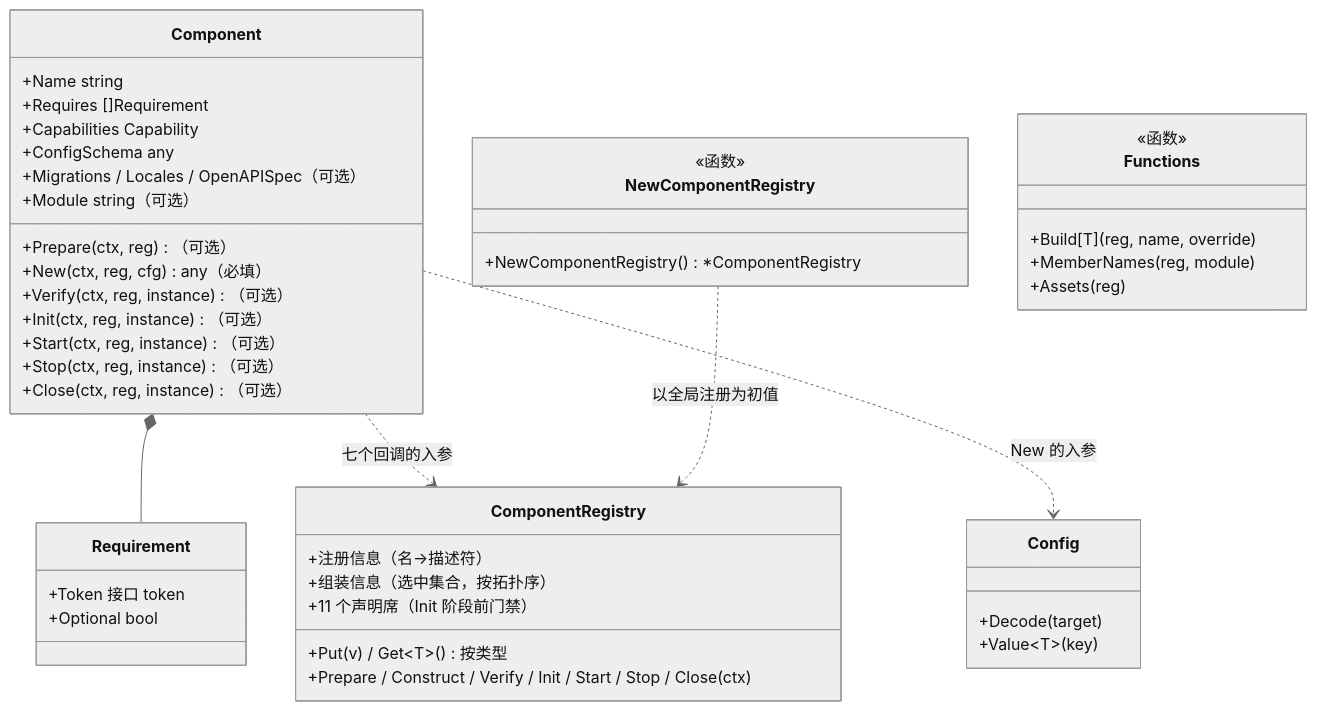
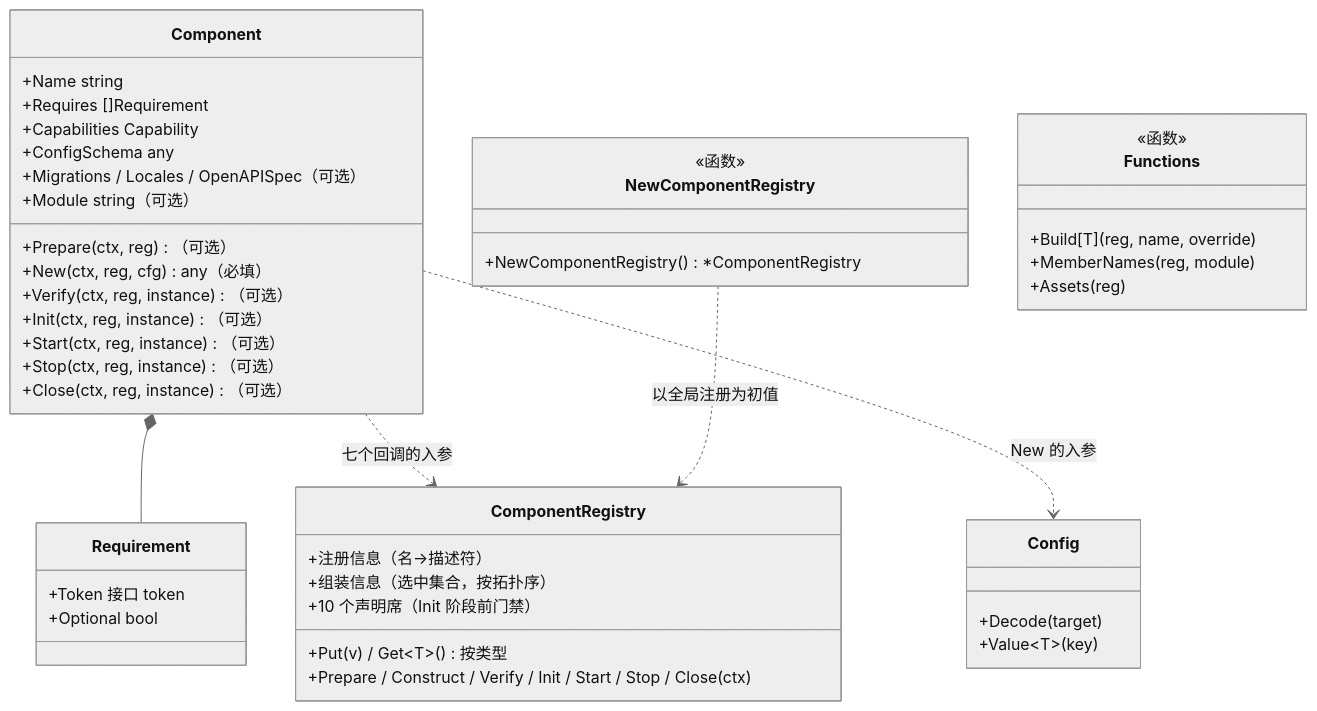
Before and after one commit to vislake/speed: the second of 6 diagrams in docs/internal/29-config-driven-component-assembly.md, drawn with Mermaid (neutral theme). The commit also changed other lines of this file, not shown here.

````diff
--- a/docs/internal/29-config-driven-component-assembly.md
+++ b/docs/internal/29-config-driven-component-assembly.md
@@ -179,48 +185,48 @@
 ```mermaid
 classDiagram
     class Component {
         +Name string
         +Prepare(ctx, reg)（可选）
         +New(ctx, reg, cfg) any（必填）
         +Verify(ctx, reg, instance)（可选）
         +Init(ctx, reg, instance)（可选）
         +Start(ctx, reg, instance)（可选）
         +Stop(ctx, reg, instance)（可选）
         +Close(ctx, reg, instance)（可选）
         +Requires []Requirement
         +Capabilities Capability
         +ConfigSchema any
         +Migrations / Locales / OpenAPISpec（可选）
         +Module string（可选）
     }
     class Requirement {
         +Token 接口 token
         +Optional bool
     }
     class ComponentRegistry {
         +注册信息（名→描述符）
         +组装信息（选中集合，按拓扑序）
         +Put(v) / Get~T~() 按类型
-        +11 个声明席（Init 阶段前门禁）
+        +10 个声明席（Init 阶段前门禁）
         +Prepare / Construct / Verify / Init / Start / Stop / Close(ctx)
     }
     class Config {
         +Decode(target)
         +Value~T~(key)
     }
     class NewComponentRegistry {
         <<函数>>
         +NewComponentRegistry() *ComponentRegistry
     }
     class Functions {
         <<函数>>
         +Build[T](reg, name, override)
         +MemberNames(reg, module)
         +Assets(reg)
     }
 
     Component *-- Requirement
     Component ..> ComponentRegistry : 七个回调的入参
     Component ..> Config : New 的入参
     NewComponentRegistry ..> ComponentRegistry : 以全局注册为初值
 ```
````
